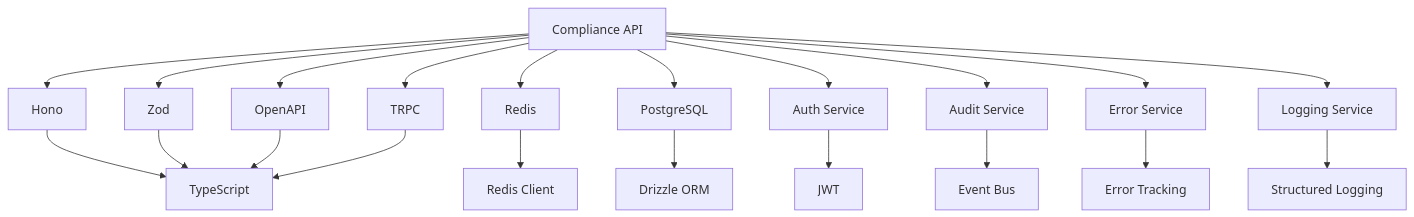
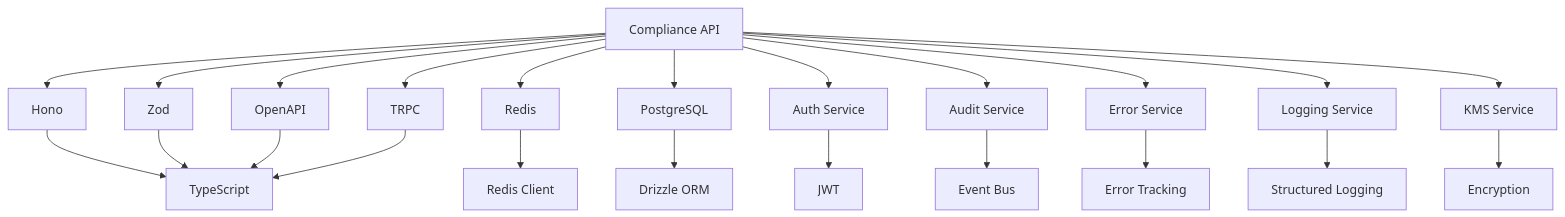
One commit to smedrec/smart-logs changed the seventh of 7 diagrams in .qoder/repowiki/en/content/Server API/Compliance API.md. Above: the diagram before and after it, drawn with Mermaid. The commit also changed other lines of this file and 27 other files, not shown here.

````diff
--- a/.qoder/repowiki/en/content/Server API/Compliance API.md
+++ b/.qoder/repowiki/en/content/Server API/Compliance API.md
@@ -264,23 +311,25 @@
 ```mermaid
 graph TD
 A[Compliance API] --> B[Hono]
 A --> C[Zod]
 A --> D[OpenAPI]
 A --> E[TRPC]
 A --> F[Redis]
 A --> G[PostgreSQL]
 A --> H[Auth Service]
 A --> I[Audit Service]
 A --> J[Error Service]
 A --> K[Logging Service]
-B --> L[TypeScript]
-C --> L
-D --> L
-E --> L
-F --> M[Redis Client]
-G --> N[Drizzle ORM]
-H --> O[JWT]
-I --> P[Event Bus]
-J --> Q[Error Tracking]
-K --> R[Structured Logging]
+A --> L[KMS Service]
+B --> M[TypeScript]
+C --> M
+D --> M
+E --> M
+F --> N[Redis Client]
+G --> O[Drizzle ORM]
+H --> P[JWT]
+I --> Q[Event Bus]
+J --> R[Error Tracking]
+K --> S[Structured Logging]
+L --> T[Encryption]
 ```
````
